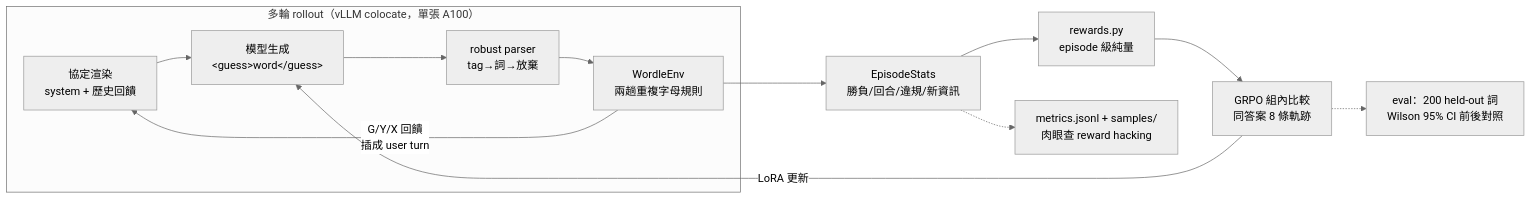
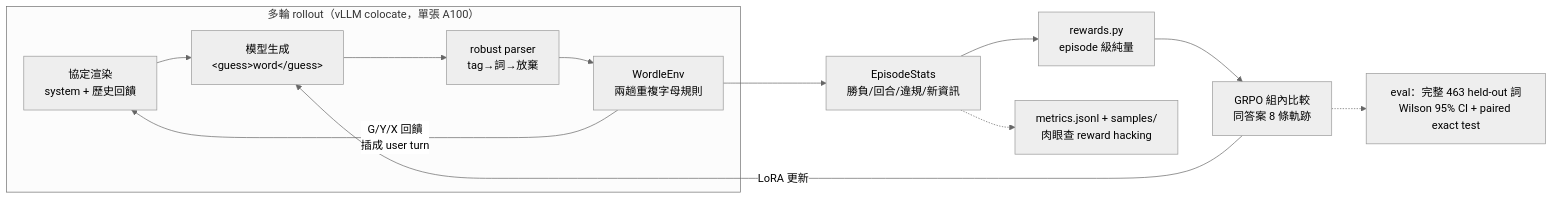
Before and after one commit to kuotunyu/agentic-rl-wordle: the diagram in README.md, drawn with Mermaid (neutral theme). The commit also changed other lines of this file and 2 other files, not shown here.

````diff
--- a/README.md
+++ b/README.md
@@ -15,15 +27,15 @@
 ```mermaid
 flowchart LR
     subgraph rollout["多輪 rollout（vLLM colocate，單張 A100）"]
         P[協定渲染<br/>system + 歷史回饋] --> G[模型生成<br/>&lt;guess&gt;word&lt;/guess&gt;]
         G --> PA[robust parser<br/>tag→詞→放棄]
         PA --> E[WordleEnv<br/>兩趟重複字母規則]
         E -->|G/Y/X 回饋<br/>插成 user turn| P
     end
     E --> S[EpisodeStats<br/>勝負/回合/違規/新資訊]
     S --> R[rewards.py<br/>episode 級純量]
     R --> GRPO[GRPO 組內比較<br/>同答案 8 條軌跡]
     GRPO -->|LoRA 更新| G
     S -.-> M[metrics.jsonl + samples/<br/>肉眼查 reward hacking]
-    GRPO -.-> EV[eval：200 held-out 詞<br/>Wilson 95% CI 前後對照]
+    GRPO -.-> EV[eval：完整 463 held-out 詞<br/>Wilson 95% CI + paired exact test]
 ```
````
